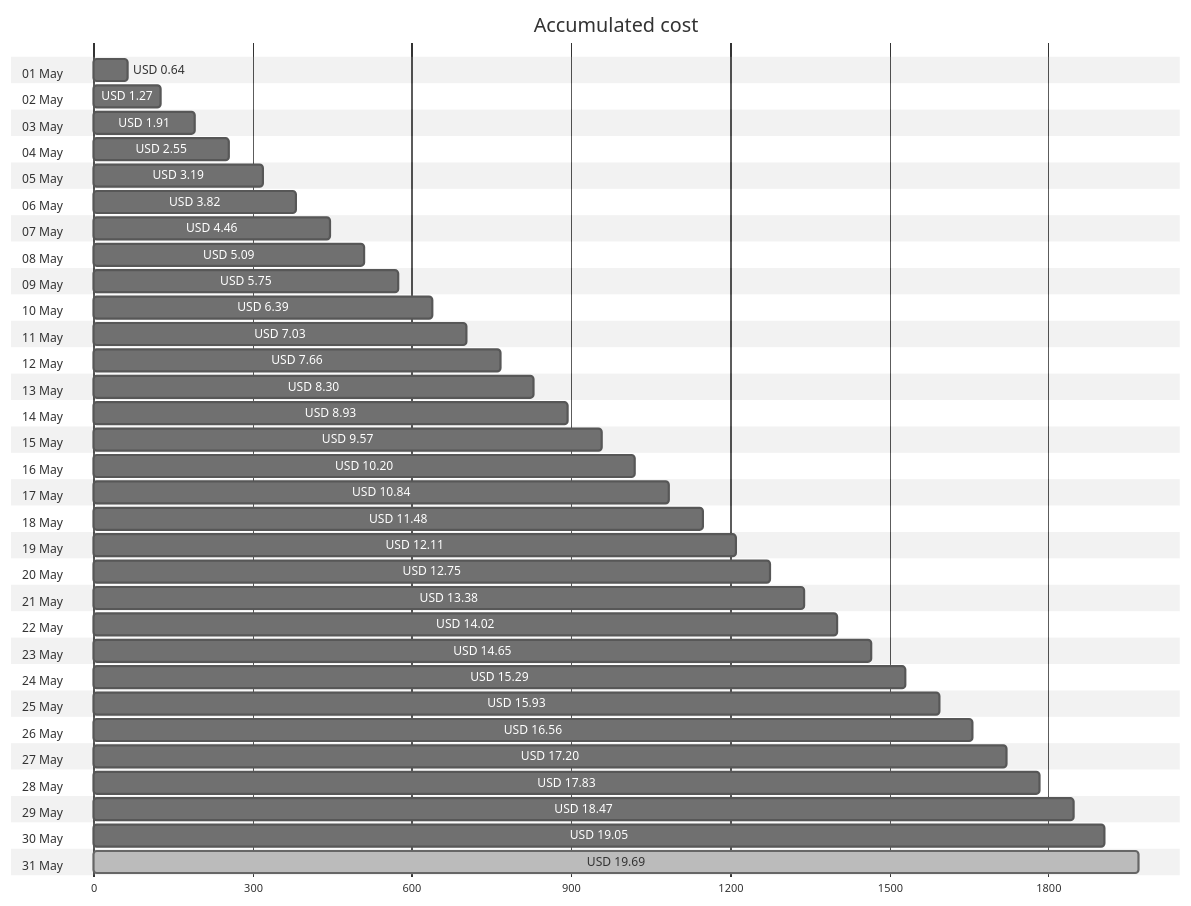
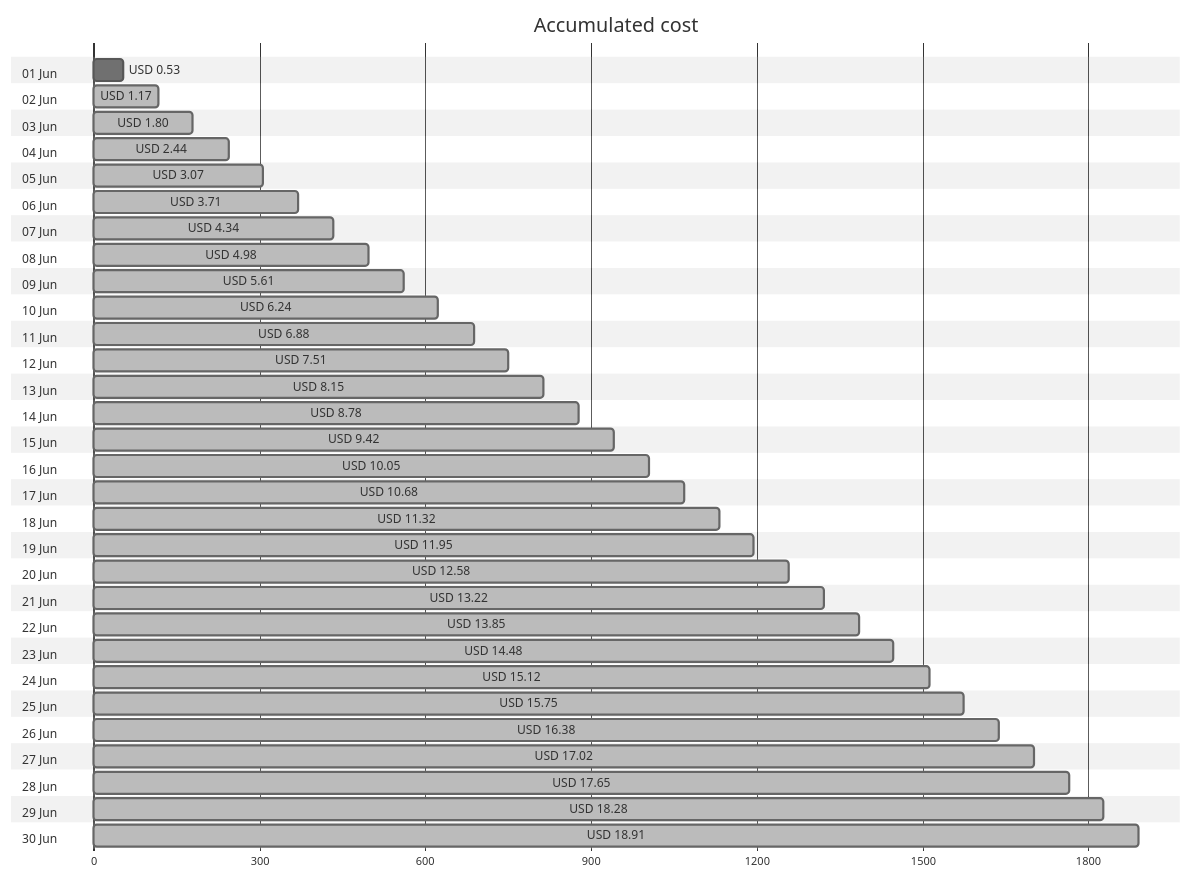
The first of 4 diagrams in cost-reports/accumulated-cost.md (jpfulton/azure-personal-reports), drawn with Mermaid (neutral theme) before and after one commit. The commit also changed other lines of this file and 4 other files, not shown here.

````diff
--- a/cost-reports/accumulated-cost.md
+++ b/cost-reports/accumulated-cost.md
@@ -20,68 +20,66 @@
 ```mermaid
 gantt
    title Accumulated cost
    dateFormat  X
    axisFormat %s
-   section 01 May
-   USD 0.64 :0, 64
-   section 02 May
-   USD 1.27 :0, 127
-   section 03 May
-   USD 1.91 :0, 191
-   section 04 May
-   USD 2.55 :0, 255
-   section 05 May
-   USD 3.19 :0, 319
-   section 06 May
-   USD 3.82 :0, 382
-   section 07 May
-   USD 4.46 :0, 446
-   section 08 May
-   USD 5.09 :0, 509
-   section 09 May
-   USD 5.75 :0, 575
-   section 10 May
-   USD 6.39 :0, 639
-   section 11 May
-   USD 7.03 :0, 703
-   section 12 May
-   USD 7.66 :0, 766
-   section 13 May
-   USD 8.30 :0, 830
-   section 14 May
-   USD 8.93 :0, 893
-   section 15 May
-   USD 9.57 :0, 957
-   section 16 May
-   USD 10.20 :0, 1020
-   section 17 May
-   USD 10.84 :0, 1084
-   section 18 May
-   USD 11.48 :0, 1148
-   section 19 May
-   USD 12.11 :0, 1211
-   section 20 May
-   USD 12.75 :0, 1275
-   section 21 May
-   USD 13.38 :0, 1338
-   section 22 May
-   USD 14.02 :0, 1402
-   section 23 May
-   USD 14.65 :0, 1465
-   section 24 May
-   USD 15.29 :0, 1529
-   section 25 May
-   USD 15.93 :0, 1593
-   section 26 May
-   USD 16.56 :0, 1656
-   section 27 May
-   USD 17.20 :0, 1720
-   section 28 May
-   USD 17.83 :0, 1783
-   section 29 May
-   USD 18.47 :0, 1847
-   section 30 May
-   USD 19.05 :0, 1905
-   section 31 May
-   USD 19.69 : done, 0, 1969
+   section 01 Jun
+   USD 0.53 :0, 53
+   section 02 Jun
+   USD 1.17 : done, 0, 117
+   section 03 Jun
+   USD 1.80 : done, 0, 180
+   section 04 Jun
+   USD 2.44 : done, 0, 244
+   section 05 Jun
+   USD 3.07 : done, 0, 307
+   section 06 Jun
+   USD 3.71 : done, 0, 371
+   section 07 Jun
+   USD 4.34 : done, 0, 434
+   section 08 Jun
+   USD 4.98 : done, 0, 498
+   section 09 Jun
+   USD 5.61 : done, 0, 561
+   section 10 Jun
+   USD 6.24 : done, 0, 624
+   section 11 Jun
+   USD 6.88 : done, 0, 688
+   section 12 Jun
+   USD 7.51 : done, 0, 751
+   section 13 Jun
+   USD 8.15 : done, 0, 815
+   section 14 Jun
+   USD 8.78 : done, 0, 878
+   section 15 Jun
+   USD 9.42 : done, 0, 942
+   section 16 Jun
+   USD 10.05 : done, 0, 1005
+   section 17 Jun
+   USD 10.68 : done, 0, 1068
+   section 18 Jun
+   USD 11.32 : done, 0, 1132
+   section 19 Jun
+   USD 11.95 : done, 0, 1195
+   section 20 Jun
+   USD 12.58 : done, 0, 1258
+   section 21 Jun
+   USD 13.22 : done, 0, 1322
+   section 22 Jun
+   USD 13.85 : done, 0, 1385
+   section 23 Jun
+   USD 14.48 : done, 0, 1448
+   section 24 Jun
+   USD 15.12 : done, 0, 1512
+   section 25 Jun
+   USD 15.75 : done, 0, 1575
+   section 26 Jun
+   USD 16.38 : done, 0, 1638
+   section 27 Jun
+   USD 17.02 : done, 0, 1702
+   section 28 Jun
+   USD 17.65 : done, 0, 1765
+   section 29 Jun
+   USD 18.28 : done, 0, 1828
+   section 30 Jun
+   USD 18.91 : done, 0, 1891
 ```
````
